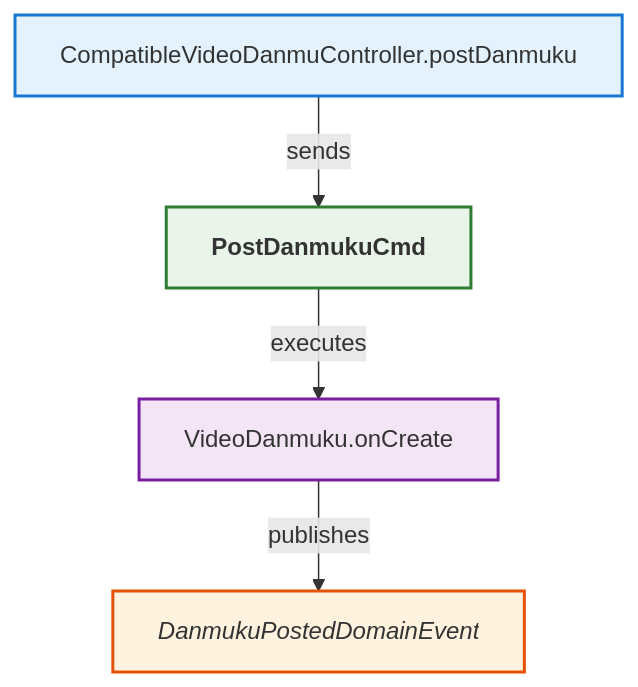
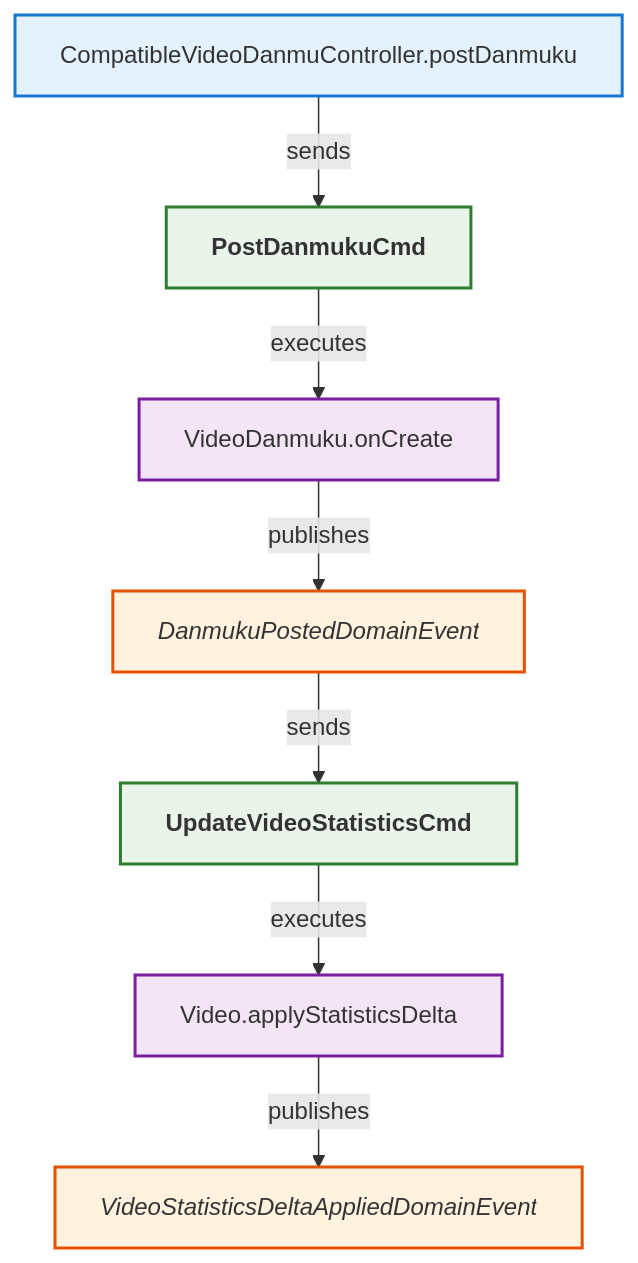
One commit to LDmoxeii/only-danmuku changed the diagram in analysis/CompatibleVideoDanmuController_postDanmuku.mmd. Above: the diagram before and after it, drawn with Mermaid.

Commit message:
feat(danmuku): 发布弹幕后更新视频统计数据
- 新增更新视频统计数据命令(UpdateVideoStatisticsCmd)
- 添加视频实体应用统计增量方法(Video.applyStatisticsDelta)
- 实现视频统计增量应用领域事件(VideoStatisticsDeltaAppliedDomainEvent)
- 扩展领域事件处理流程，支持弹幕发布后触发统计数据更新
- 完善弹幕发布到统计数据更新的完整业务链路- 增强系统对弹幕相关数据统计的实时性与准确性

```diff
--- a/analysis/CompatibleVideoDanmuController_postDanmuku.mmd
+++ b/analysis/CompatibleVideoDanmuController_postDanmuku.mmd
@@ -1,34 +1,44 @@
 flowchart TB
 
     N1["CompatibleVideoDanmuController.postDanmuku"]
     class N1 controllermethod;
 
     C1["PostDanmukuCmd"]
     class C1 command;
     A1["VideoDanmuku.onCreate"]
     class A1 entitymethod;
     E1["DanmukuPostedDomainEvent"]
     class E1 domainevent;
 
+    CC1["UpdateVideoStatisticsCmd"]
+    class CC1 command;
+    A2["Video.applyStatisticsDelta"]
+    class A2 entitymethod;
+    E2["VideoStatisticsDeltaAppliedDomainEvent"]
+    class E2 domainevent;
+
     %% Relationships
     N1 -->|sends| C1
     C1 -->|executes| A1
     A1 -->|publishes| E1
+    E1 -->|sends| CC1
+    CC1 -->|executes| A2
+    A2 -->|publishes| E2
 
     %% Styles
     classDef controller fill:#e3f2fd,stroke:#1565c0,stroke-width:2px,font-weight:bold;
     classDef controllermethod fill:#e3f2fd,stroke:#1976d2,stroke-width:2px;
     classDef endpoint fill:#e3f2fd,stroke:#42a5f5,stroke-width:2px;
     classDef commandsender fill:#e3f2fd,stroke:#1565c0,stroke-width:2px,font-style:italic;
     classDef commandsendermethod fill:#e3f2fd,stroke:#1976d2,stroke-width:2px,font-style:italic;
     classDef command fill:#e8f5e8,stroke:#2e7d32,stroke-width:2px,font-weight:bold;
     classDef commandhandler fill:#e8f5e8,stroke:#388e3c,stroke-width:2px,font-weight:bold;
     classDef aggregate fill:#fff8e1,stroke:#ff8f00,stroke-width:3px,font-weight:bold;
     classDef entitymethod fill:#f3e5f5,stroke:#7b1fa2,stroke-width:2px;
     classDef domainevent fill:#fff3e0,stroke:#e65100,stroke-width:2px,font-style:italic;
     classDef domaineventhandler fill:#fff3e0,stroke:#ef6c00,stroke-width:2px,font-weight:bold;
     classDef integrationevent fill:#fce4ec,stroke:#880e4f,stroke-width:2px;
     classDef integrationeventhandler fill:#fce4ec,stroke:#ad1457,stroke-width:2px,font-weight:bold;
     classDef integrationeventconverter fill:#e3f2fd,stroke:#0277bd,stroke-width:2px;
     classDef repo fill:#d6dbdf,stroke:#85929e,stroke-width:2px;
     classDef uow fill:#f2f4f4,stroke:#7f8c8d,stroke-width:2px;
```
